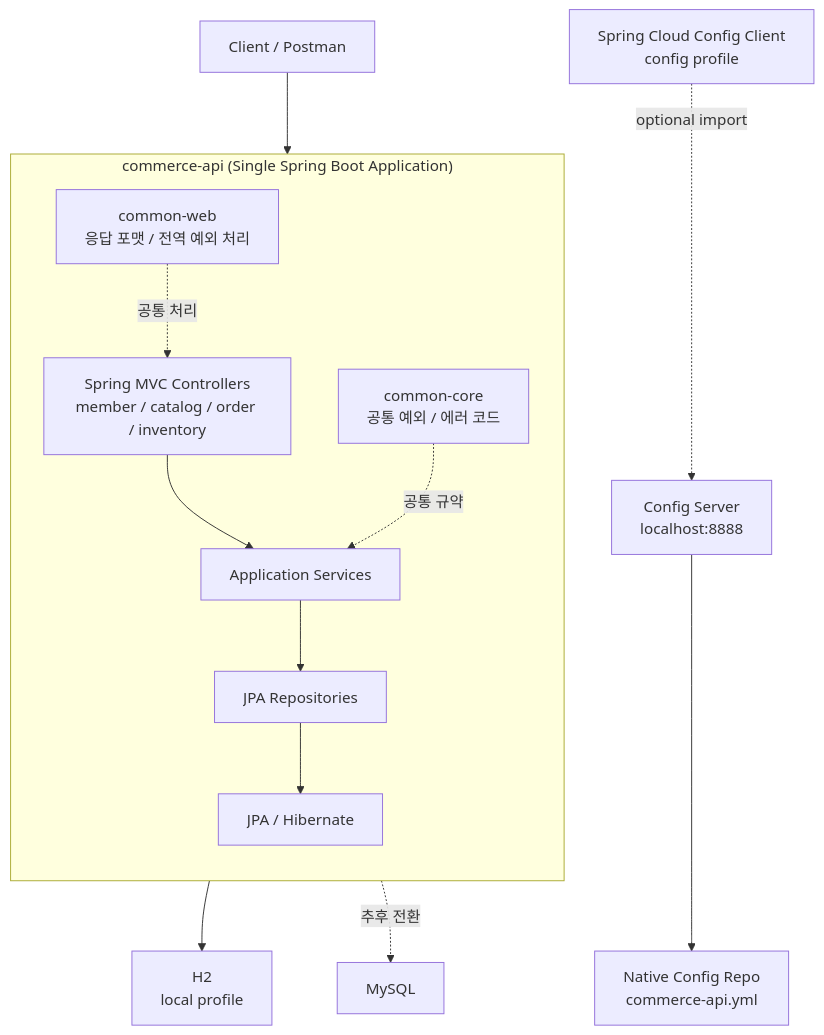
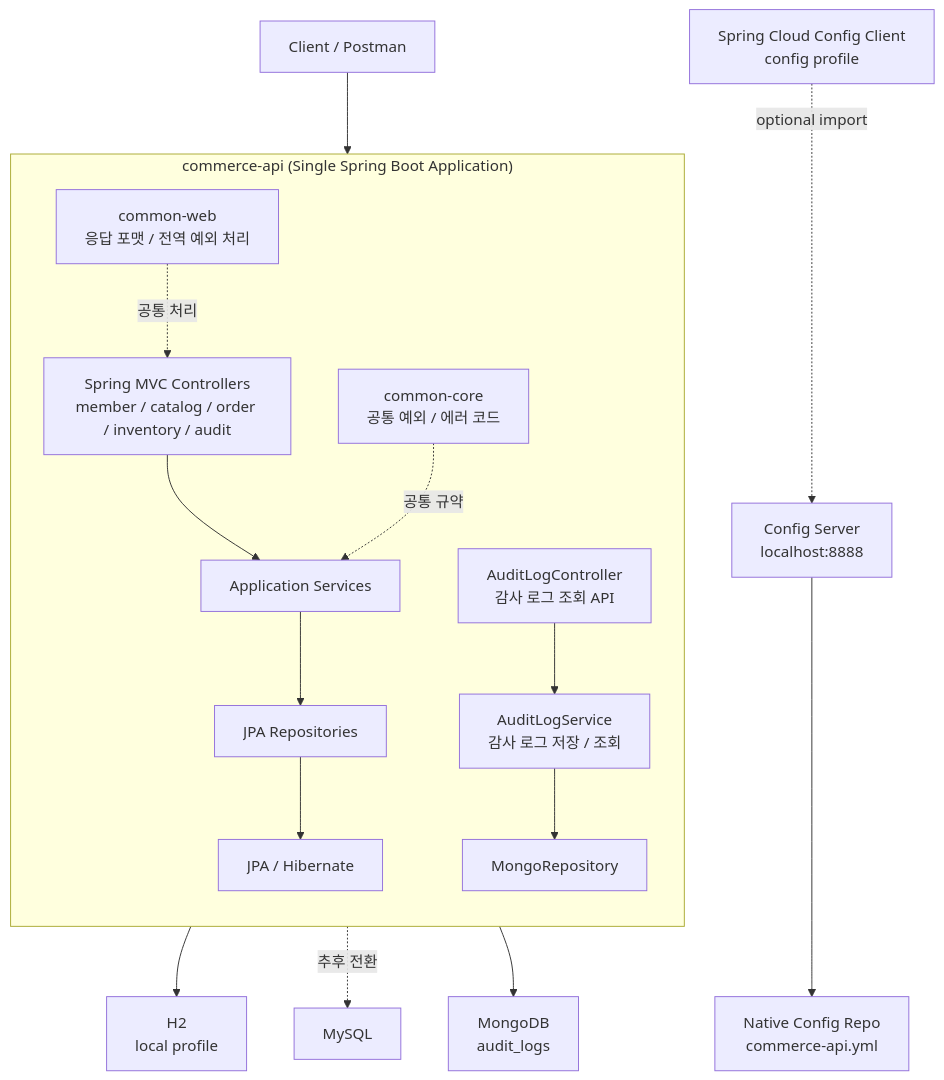
The second of 3 diagrams in README.md (dongyongChoi/toy-commerce-platform), drawn with Mermaid before and after one commit. The commit also changed other lines of this file and 7 other files, not shown here.

Commit message:
feat: MongoDB 감사 로그 조회 API 추가

````diff
--- a/README.md
+++ b/README.md
@@ -61,30 +62,36 @@
 ```mermaid
 flowchart TD
     Client["Client / Postman"] --> APP
 
     subgraph APP["commerce-api (Single Spring Boot Application)"]
         direction TD
 
-        Controller["Spring MVC Controllers<br/>member / catalog / order / inventory"]
+        Controller["Spring MVC Controllers<br/>member / catalog / order / inventory / audit"]
         Service["Application Services"]
         Repository["JPA Repositories"]
         ORM["JPA / Hibernate"]
+        AuditController["AuditLogController<br/>감사 로그 조회 API"]
+        AuditService["AuditLogService<br/>감사 로그 저장 / 조회"]
+        MongoRepository["MongoRepository"]
 
         Controller --> Service
         Service --> Repository
         Repository --> ORM
+        AuditController --> AuditService
+        AuditService --> MongoRepository
 
         CommonWeb["common-web<br/>응답 포맷 / 전역 예외 처리"]
         CommonCore["common-core<br/>공통 예외 / 에러 코드"]
 
         CommonWeb -. 공통 처리 .-> Controller
         CommonCore -. 공통 규약 .-> Service
     end
 
     ORM --> H2["H2<br/>local profile"]
     ORM -. 추후 전환 .-> MySQL["MySQL"]
+    MongoRepository --> MongoDB["MongoDB<br/>audit_logs"]
 
     ConfigClient["Spring Cloud Config Client<br/>config profile"]
     ConfigClient -. optional import .-> ConfigServer["Config Server<br/>localhost:8888"]
     ConfigServer --> ConfigRepo["Native Config Repo<br/>commerce-api.yml"]
 ```
````
